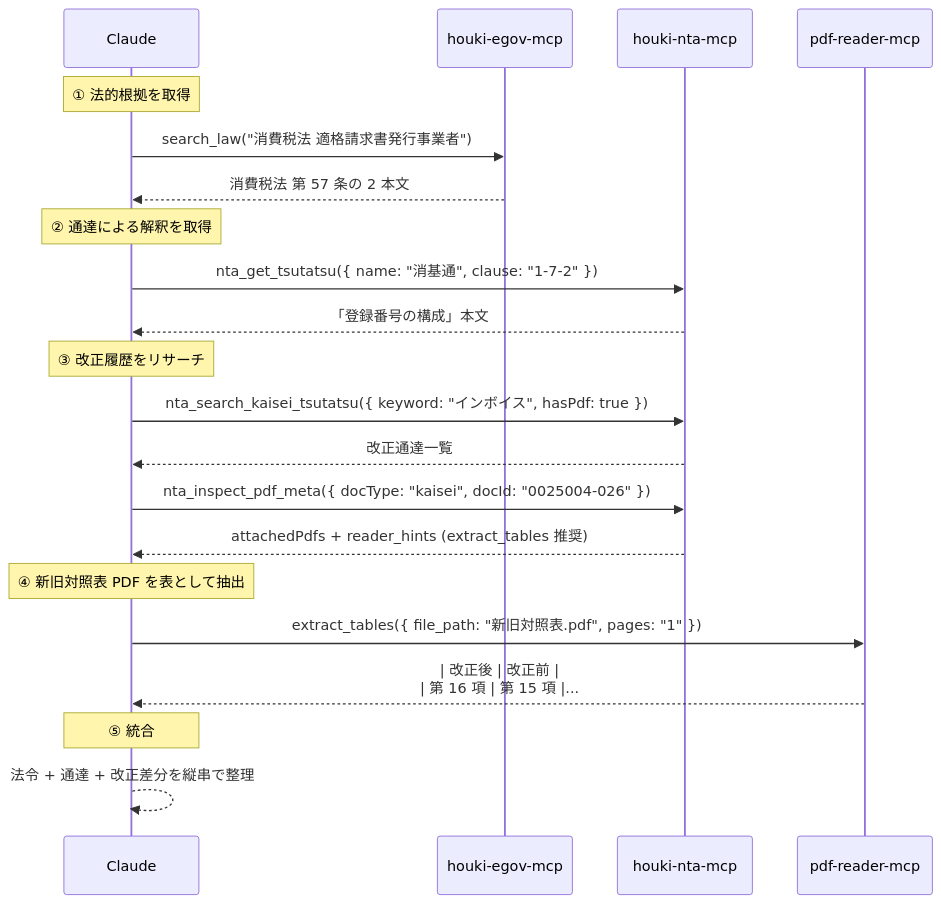
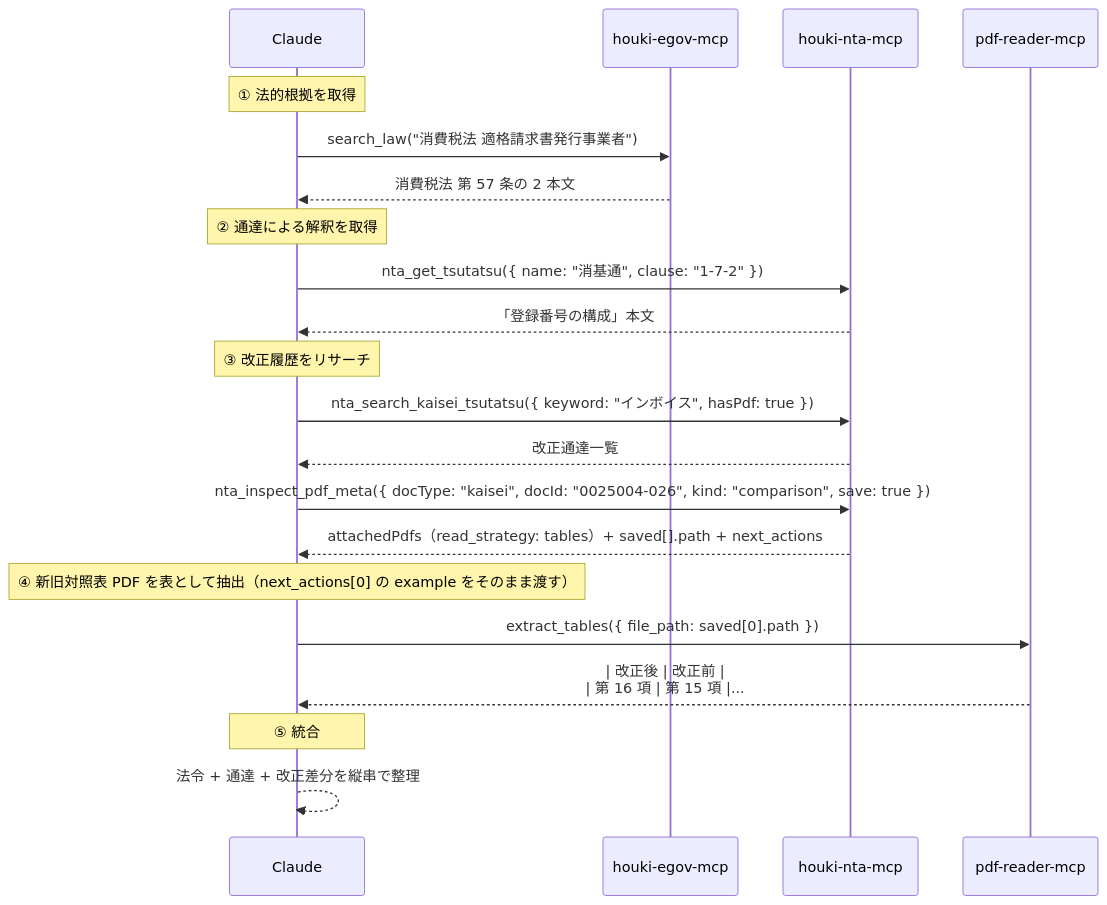
One commit to shuji-bonji/houki-nta-mcp changed the fourth of 4 diagrams in docs/HOUKI-FAMILY-INTEGRATION.md. Above: the diagram before and after it, drawn with Mermaid. The commit also changed other lines of this file and 14 other files, not shown here.

First line of the commit message:
feat: nta_inspect_pdf_meta に読み方・save・next_actions を足し、読み手を固定しない（#36、0.19.0）

````diff
--- a/docs/HOUKI-FAMILY-INTEGRATION.md
+++ b/docs/HOUKI-FAMILY-INTEGRATION.md
@@ -234,28 +234,28 @@
 ```mermaid
 sequenceDiagram
     participant C as Claude
     participant E as houki-egov-mcp
     participant N as houki-nta-mcp
     participant P as pdf-reader-mcp
 
     Note over C: ① 法的根拠を取得
     C->>E: search_law("消費税法 適格請求書発行事業者")
     E-->>C: 消費税法 第 57 条の 2 本文
 
     Note over C: ② 通達による解釈を取得
     C->>N: nta_get_tsutatsu({ name: "消基通", clause: "1-7-2" })
     N-->>C: 「登録番号の構成」本文
 
     Note over C: ③ 改正履歴をリサーチ
     C->>N: nta_search_kaisei_tsutatsu({ keyword: "インボイス", hasPdf: true })
     N-->>C: 改正通達一覧
-    C->>N: nta_inspect_pdf_meta({ docType: "kaisei", docId: "0025004-026" })
-    N-->>C: attachedPdfs + reader_hints (extract_tables 推奨)
+    C->>N: nta_inspect_pdf_meta({ docType: "kaisei", docId: "0025004-026", kind: "comparison", save: true })
+    N-->>C: attachedPdfs（read_strategy: tables）+ saved[].path + next_actions
 
-    Note over C: ④ 新旧対照表 PDF を表として抽出
-    C->>P: extract_tables({ file_path: "新旧対照表.pdf", pages: "1" })
+    Note over C: ④ 新旧対照表 PDF を表として抽出（next_actions[0] の example をそのまま渡す）
+    C->>P: extract_tables({ file_path: saved[0].path })
     P-->>C: | 改正後 | 改正前 |<br/>| 第 16 項 | 第 15 項 |...
 
     Note over C: ⑤ 統合
     C-->>C: 法令 + 通達 + 改正差分を縦串で整理
 ```
````
